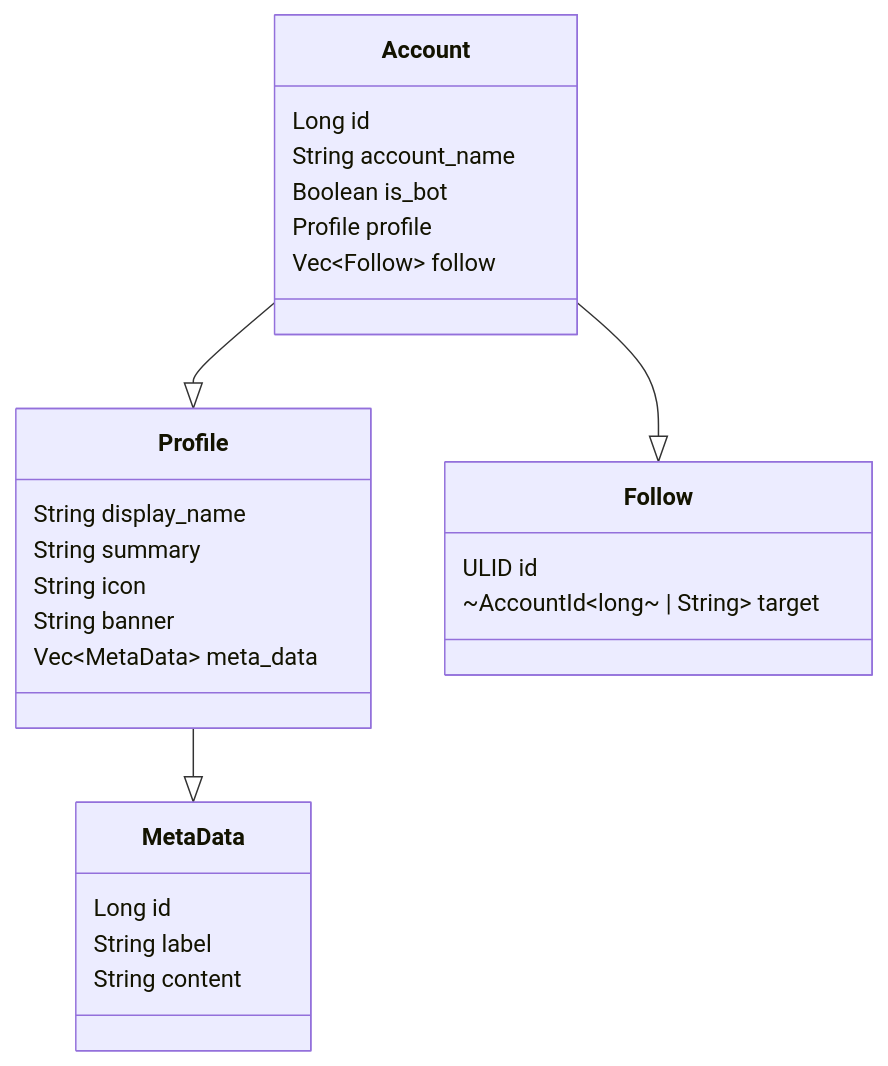
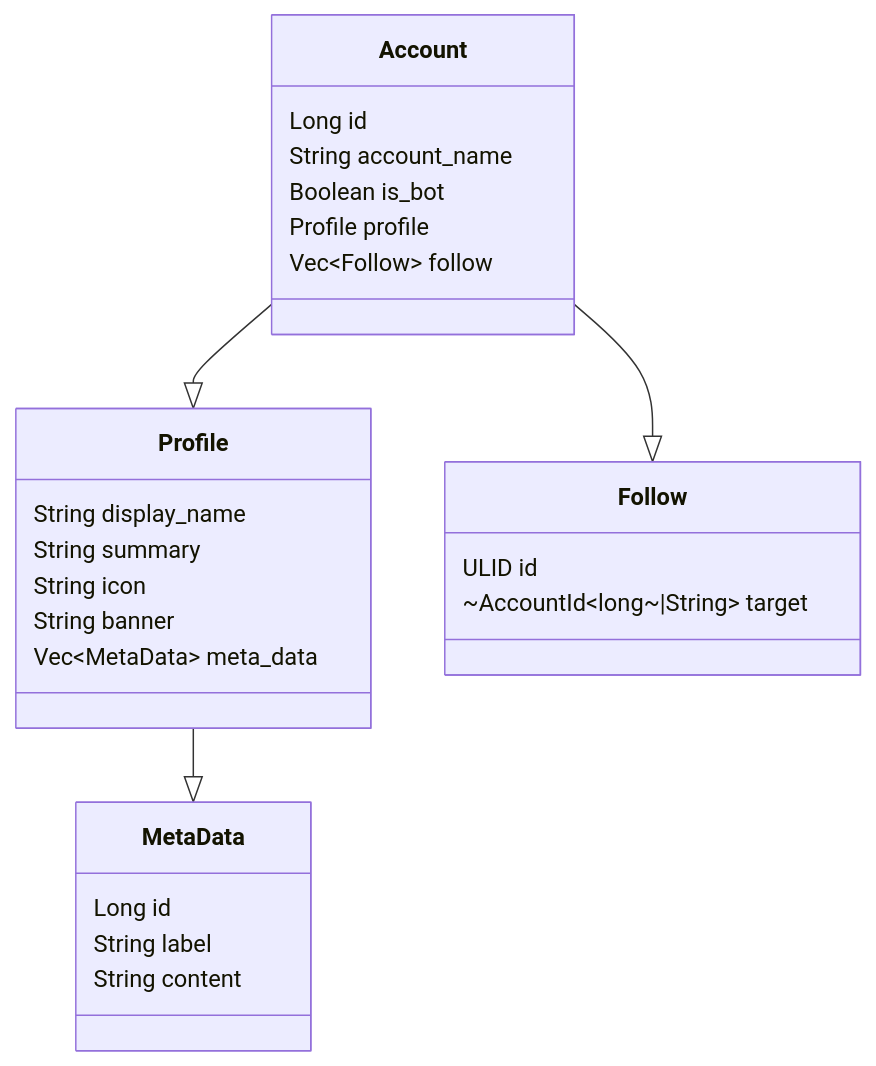
The first of 2 diagrams in docs/shuttlepub-core/data-structure.md (ShuttlePub/document), drawn with Mermaid before and after one commit. The commit also changed other lines of this file, not shown here.

Commit message:
Fix diagrams data-structure.md

````diff
--- a/docs/shuttlepub-core/data-structure.md
+++ b/docs/shuttlepub-core/data-structure.md
@@ -5,29 +5,29 @@
 ```mermaid
 classDiagram
 	class Account {
 		Long id
 		String account_name
 		Boolean is_bot
 		Profile profile
 		Vec~Follow~ follow
 	}
 	class Profile {
 		String display_name
 		String summary
 		String icon
 		String banner
 		Vec~MetaData~ meta_data
 	}
 	class Follow {
 		ULID id
-		~AccountId~long~ | String~ target
+		~AccountId~long~|String~ target
 	}
 	class MetaData {
 		Long id
 		String label
 		String content
 	}
 	Account --|> Profile
 	Account --|> Follow
 	Profile --|> MetaData
 ```
````
